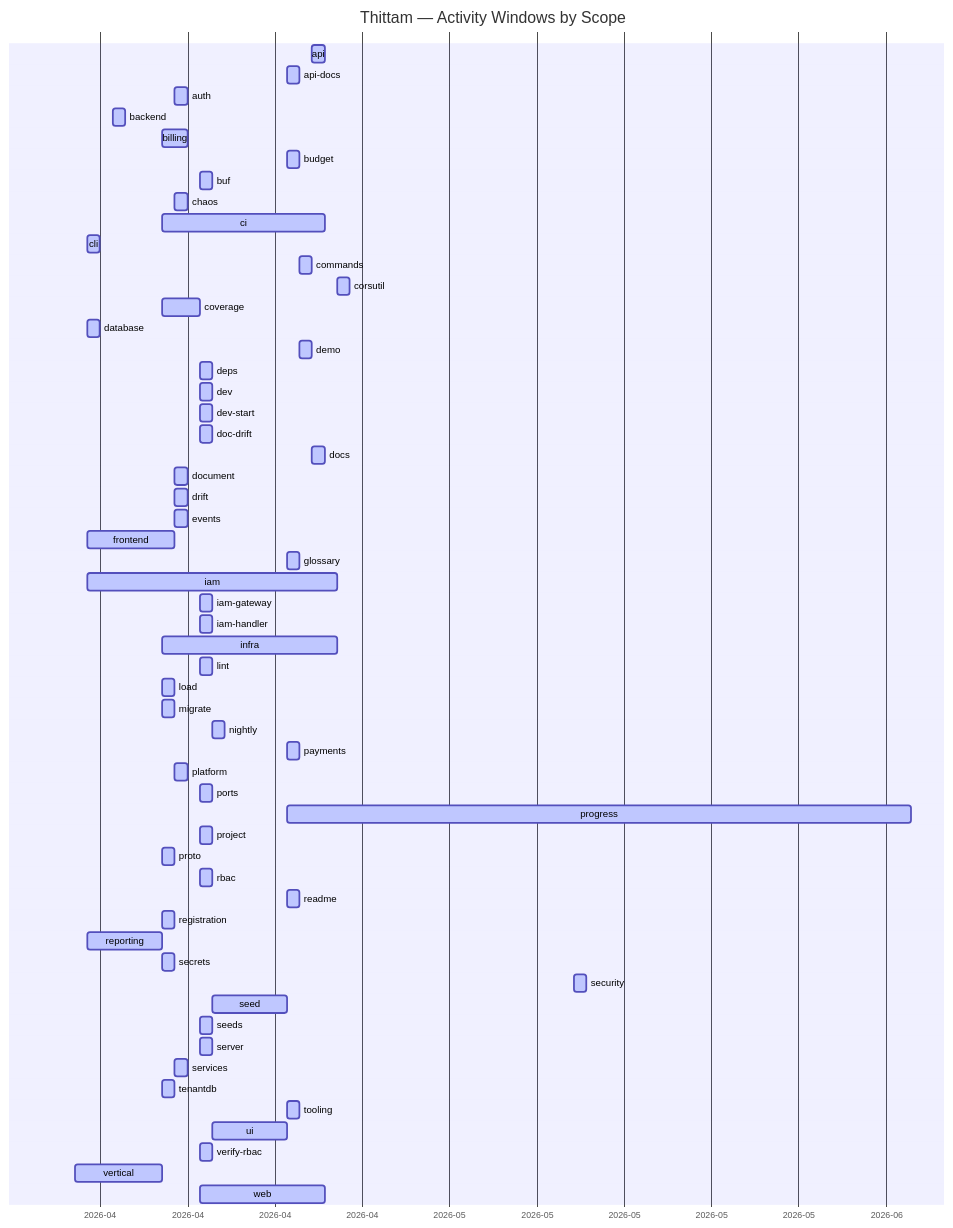
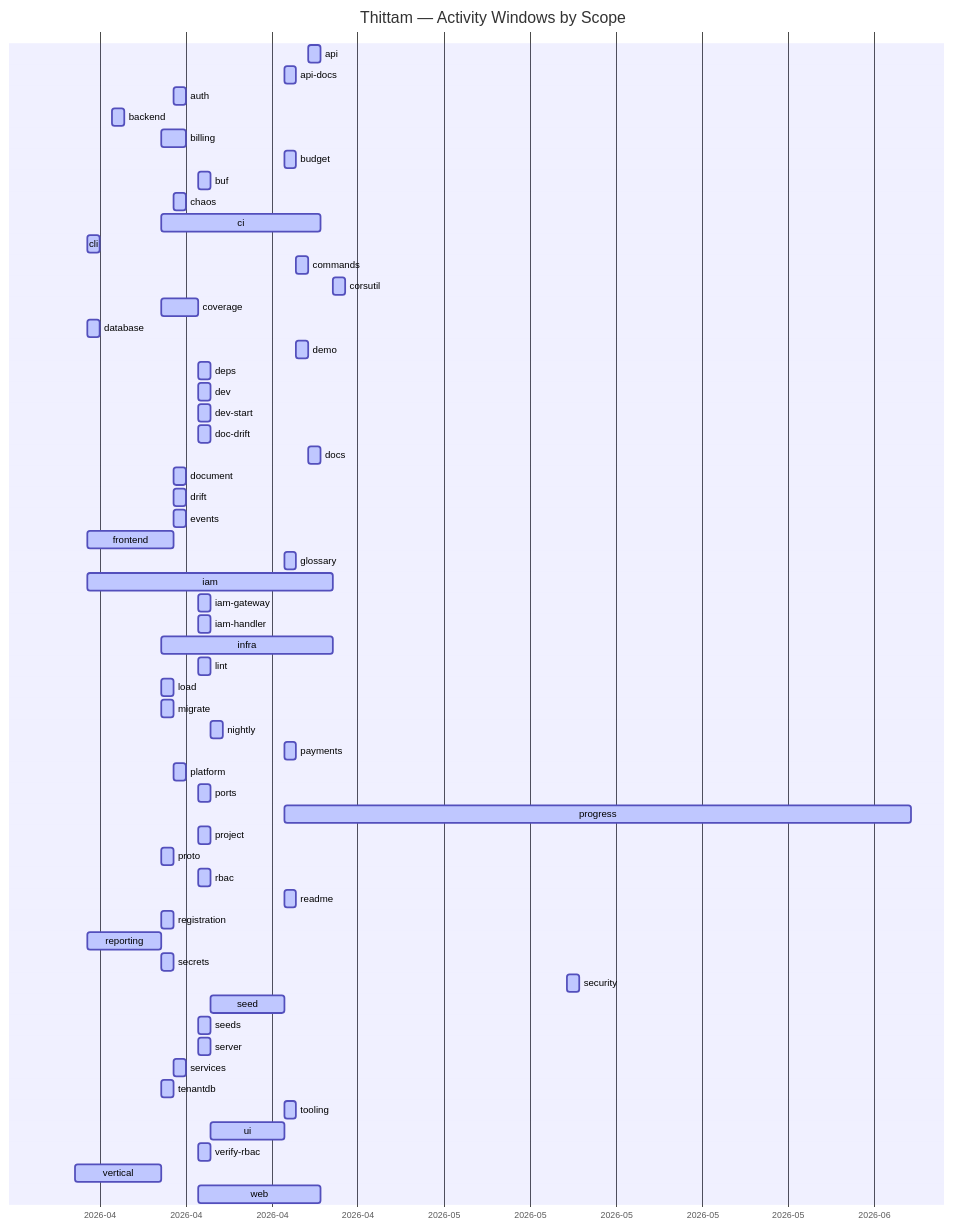
The diagram in docs/PROGRESS.md (wegofwd2020-hub/thittam), drawn with Mermaid before and after one commit. The commit also changed other lines of this file and 1 other file, not shown here.

Commit message:
chore(progress): nightly update of docs/PROGRESS.md + CSVs

````diff
--- a/docs/PROGRESS.md
+++ b/docs/PROGRESS.md
@@ -9,61 +9,61 @@
 ```mermaid
 gantt
     title Thittam — Activity Windows by Scope
     dateFormat YYYY-MM-DD
     axisFormat %Y-%m
     api                :active, s_api, 2026-04-22, 2026-04-23
     api-docs           :active, s_api_docs, 2026-04-20, 2026-04-21
     auth               :active, s_auth, 2026-04-11, 2026-04-12
     backend            :active, s_backend, 2026-04-06, 2026-04-07
     billing            :active, s_billing, 2026-04-10, 2026-04-12
     budget             :active, s_budget, 2026-04-20, 2026-04-21
     buf                :active, s_buf, 2026-04-13, 2026-04-14
     chaos              :active, s_chaos, 2026-04-11, 2026-04-12
     ci                 :active, s_ci, 2026-04-10, 2026-04-23
     cli                :active, s_cli, 2026-04-04, 2026-04-05
     commands           :active, s_commands, 2026-04-21, 2026-04-22
     corsutil           :active, s_corsutil, 2026-04-24, 2026-04-25
     coverage           :active, s_coverage, 2026-04-10, 2026-04-13
     database           :active, s_database, 2026-04-04, 2026-04-05
     demo               :active, s_demo, 2026-04-21, 2026-04-22
     deps               :active, s_deps, 2026-04-13, 2026-04-14
     dev                :active, s_dev, 2026-04-13, 2026-04-14
     dev-start          :active, s_dev_start, 2026-04-13, 2026-04-14
     doc-drift          :active, s_doc_drift, 2026-04-13, 2026-04-14
     docs               :active, s_docs, 2026-04-22, 2026-04-23
     document           :active, s_document, 2026-04-11, 2026-04-12
     drift              :active, s_drift, 2026-04-11, 2026-04-12
     events             :active, s_events, 2026-04-11, 2026-04-12
     frontend           :active, s_frontend, 2026-04-04, 2026-04-11
     glossary           :active, s_glossary, 2026-04-20, 2026-04-21
     iam                :active, s_iam, 2026-04-04, 2026-04-24
     iam-gateway        :active, s_iam_gateway, 2026-04-13, 2026-04-14
     iam-handler        :active, s_iam_handler, 2026-04-13, 2026-04-14
     infra              :active, s_infra, 2026-04-10, 2026-04-24
     lint               :active, s_lint, 2026-04-13, 2026-04-14
     load               :active, s_load, 2026-04-10, 2026-04-11
     migrate            :active, s_migrate, 2026-04-10, 2026-04-11
     nightly            :active, s_nightly, 2026-04-14, 2026-04-15
     payments           :active, s_payments, 2026-04-20, 2026-04-21
     platform           :active, s_platform, 2026-04-11, 2026-04-12
     ports              :active, s_ports, 2026-04-13, 2026-04-14
-    progress           :active, s_progress, 2026-04-20, 2026-06-09
+    progress           :active, s_progress, 2026-04-20, 2026-06-10
     project            :active, s_project, 2026-04-13, 2026-04-14
     proto              :active, s_proto, 2026-04-10, 2026-04-11
     rbac               :active, s_rbac, 2026-04-13, 2026-04-14
     readme             :active, s_readme, 2026-04-20, 2026-04-21
     registration       :active, s_registration, 2026-04-10, 2026-04-11
     reporting          :active, s_reporting, 2026-04-04, 2026-04-10
     secrets            :active, s_secrets, 2026-04-10, 2026-04-11
     security           :active, s_security, 2026-05-13, 2026-05-14
     seed               :active, s_seed, 2026-04-14, 2026-04-20
     seeds              :active, s_seeds, 2026-04-13, 2026-04-14
     server             :active, s_server, 2026-04-13, 2026-04-14
     services           :active, s_services, 2026-04-11, 2026-04-12
     tenantdb           :active, s_tenantdb, 2026-04-10, 2026-04-11
     tooling            :active, s_tooling, 2026-04-20, 2026-04-21
     ui                 :active, s_ui, 2026-04-14, 2026-04-20
     verify-rbac        :active, s_verify_rbac, 2026-04-13, 2026-04-14
     vertical           :active, s_vertical, 2026-04-03, 2026-04-10
     web                :active, s_web, 2026-04-13, 2026-04-23
 ```
````
